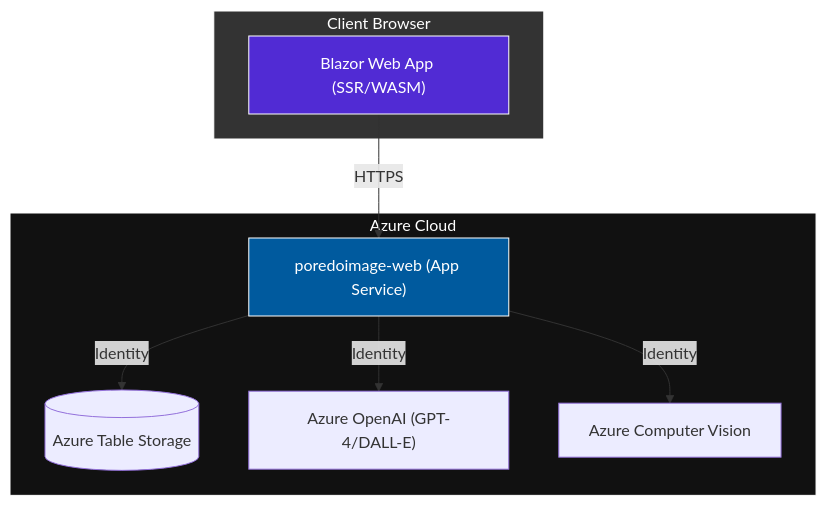
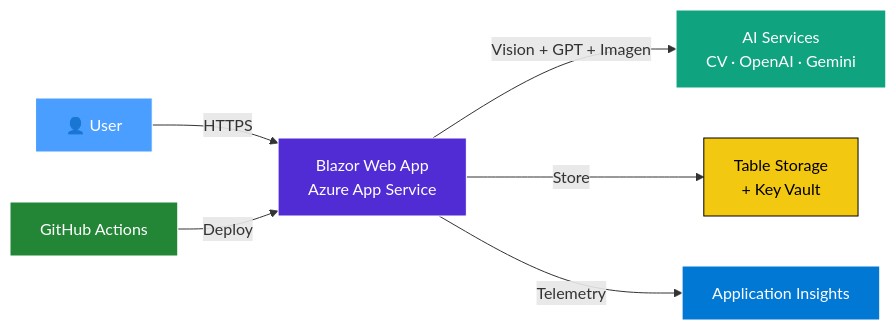
The diagram in README.md (punkouter26/PoRedoImage), drawn with Mermaid before and after one commit. The commit also changed other lines of this file and 85 other files, not shown here.

Commit message:
chore: cleanup app-logs, update docs, enforce HTTPS, add App Insights monitoring, update .gitignore

````diff
--- a/README.md
+++ b/README.md
@@ -168,23 +11,15 @@
 ```mermaid
-flowchart TD
-    subgraph Client["Client Browser"]
-        WebApp["Blazor Web App (SSR/WASM)"]
-    end
+flowchart LR
+    User["👤 User"] -->|"HTTPS"| App["Blazor Web App\nAzure App Service"]
+    App -->|"Vision + GPT + Imagen"| AI["AI Services\nCV · OpenAI · Gemini"]
+    App -->|"Store"| Data["Table Storage\n+ Key Vault"]
+    App -->|"Telemetry"| Ops["Application Insights"]
+    CI["GitHub Actions"] -->|"Deploy"| App
 
-    subgraph Azure["Azure Cloud"]
-        Service["poredoimage-web (App Service)"]
-        TableStorage[("Azure Table Storage")]
-        OpenAI["Azure OpenAI (GPT-4/DALL-E)"]
-        Vision["Azure Computer Vision"]
-    end
-
-    WebApp -- "HTTPS" --> Service
-    Service -- "Identity" --> TableStorage
-    Service -- "Identity" --> OpenAI
-    Service -- "Identity" --> Vision
-
-    style Client fill:#333,stroke:#fff,color:#fff
-    style Azure fill:#111,stroke:#fff,color:#fff
-    style Service fill:#005a9e,stroke:#fff,color:#fff
-    style WebApp fill:#512bd4,stroke:#fff,color:#fff
+    style User fill:#4a9eff,stroke:#fff,color:#fff
+    style App fill:#512bd4,stroke:#fff,color:#fff
+    style AI fill:#10a37f,stroke:#fff,color:#fff
+    style Data fill:#f2c811,stroke:#000,color:#000
+    style Ops fill:#0078d4,stroke:#fff,color:#fff
+    style CI fill:#238636,stroke:#fff,color:#fff
 ```
````
